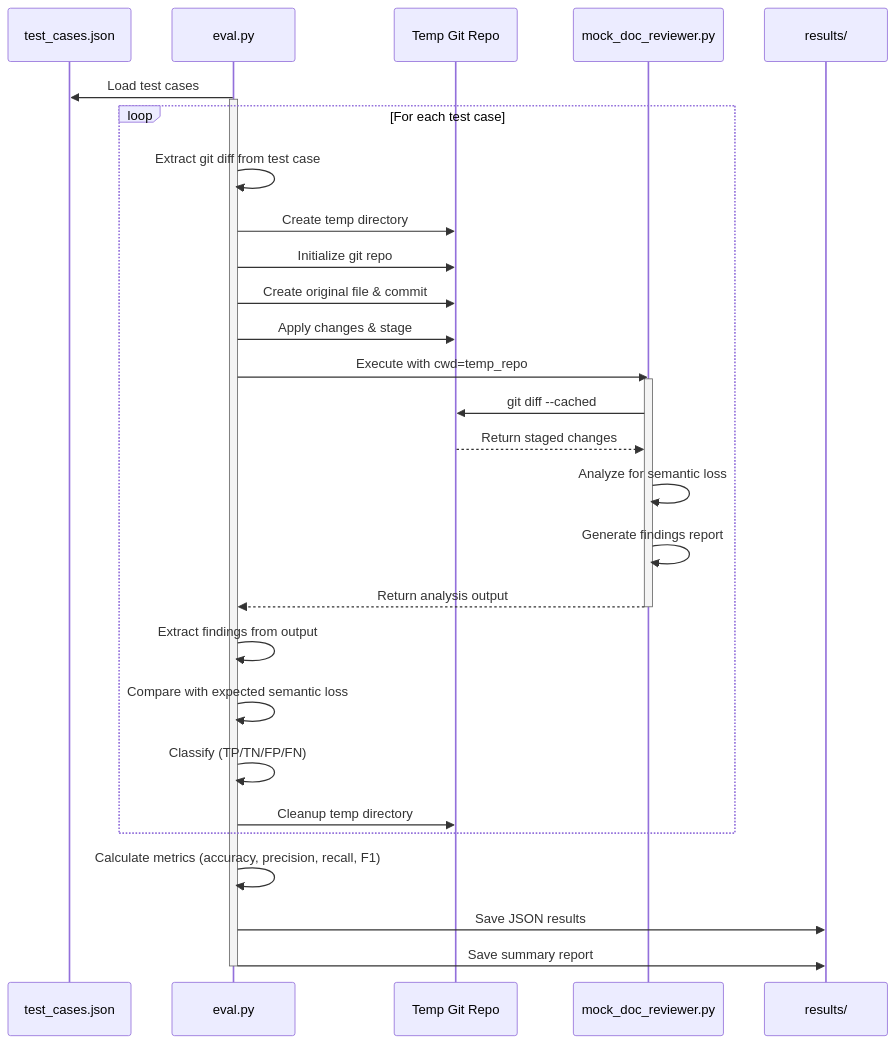
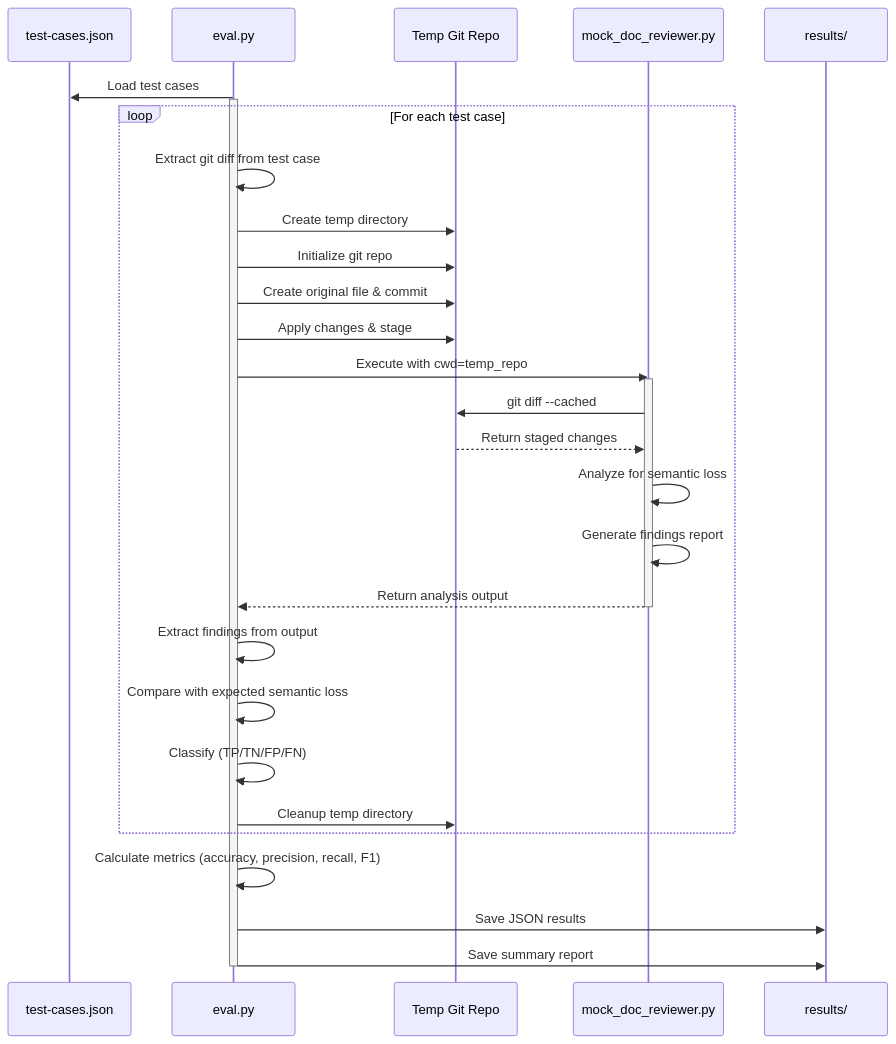
The diagram in agents/doc-reviewer/eval/README.md (gonzalomelov/claude-code-subagents), drawn with Mermaid before and after one commit. The commit also changed other lines of this file and 4 other files, not shown here.

First line of the commit message:
Rename test_cases.json to test-cases.json for consistency

````diff
--- a/agents/doc-reviewer/eval/README.md
+++ b/agents/doc-reviewer/eval/README.md
@@ -62,39 +62,39 @@
 ```mermaid
 sequenceDiagram
-    participant TC as test_cases.json
+    participant TC as test-cases.json
     participant Runner as eval.py
     participant Temp as Temp Git Repo
     participant Mock as mock_doc_reviewer.py
     participant Results as results/
 
     Runner->>TC: Load test cases
     activate Runner
     
     loop For each test case
         Runner->>Runner: Extract git diff from test case
         Runner->>Temp: Create temp directory
         Runner->>Temp: Initialize git repo
         Runner->>Temp: Create original file & commit
         Runner->>Temp: Apply changes & stage
         
         Runner->>Mock: Execute with cwd=temp_repo
         activate Mock
         Mock->>Temp: git diff --cached
         Temp-->>Mock: Return staged changes
         Mock->>Mock: Analyze for semantic loss
         Mock->>Mock: Generate findings report
         Mock-->>Runner: Return analysis output
         deactivate Mock
         
         Runner->>Runner: Extract findings from output
         Runner->>Runner: Compare with expected semantic loss
         Runner->>Runner: Classify (TP/TN/FP/FN)
         
         Runner->>Temp: Cleanup temp directory
     end
     
     Runner->>Runner: Calculate metrics (accuracy, precision, recall, F1)
     Runner->>Results: Save JSON results
     Runner->>Results: Save summary report
     deactivate Runner
 ```
````
